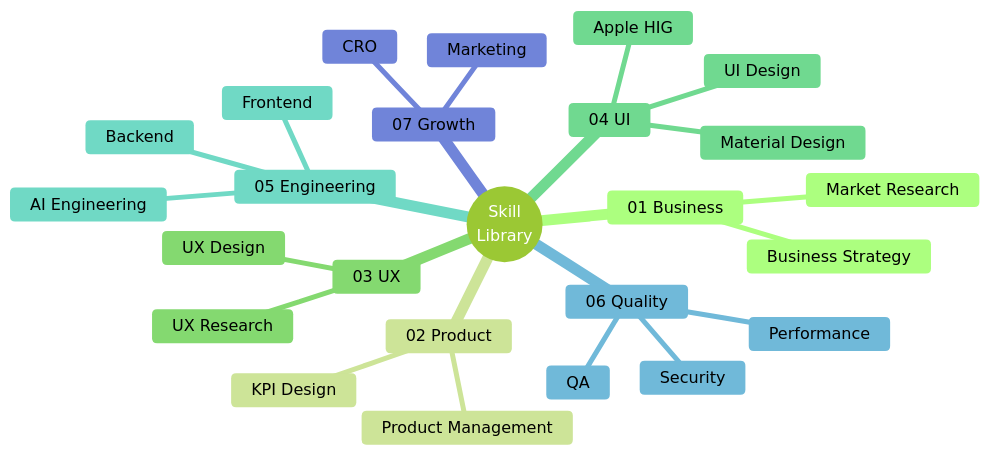
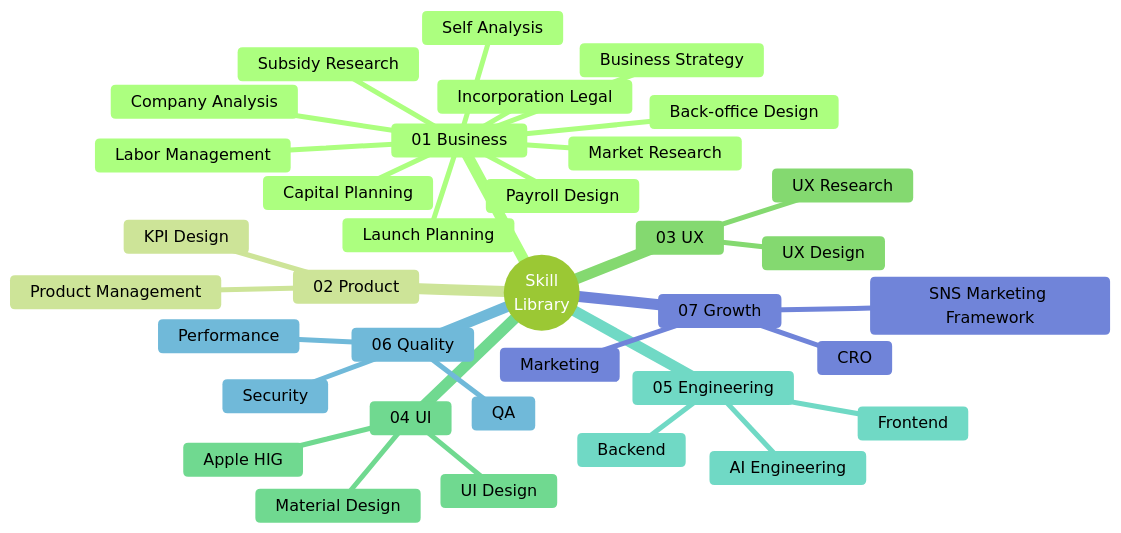
The second of 3 diagrams in 00_System/Skill_Architecture.md (samkaz15/develop_agent), drawn with Mermaid (forest theme) before and after one commit. The commit also changed other lines of this file and 48 other files, not shown here.

````diff
--- a/00_System/Skill_Architecture.md
+++ b/00_System/Skill_Architecture.md
@@ -66,28 +66,38 @@
 ```mermaid
 mindmap
   root((Skill<br>Library))
     01 Business
       Market Research
       Business Strategy
+      Self Analysis
+      Company Analysis
+      Capital Planning
+      Incorporation Legal
+      Labor Management
+      Payroll Design
+      Subsidy Research
+      Back-office Design
+      Launch Planning
     02 Product
       Product Management
       KPI Design
     03 UX
       UX Research
       UX Design
     04 UI
       UI Design
       Apple HIG
       Material Design
     05 Engineering
       Frontend
       Backend
       AI Engineering
     06 Quality
       QA
       Security
       Performance
     07 Growth
       Marketing
       CRO
+      SNS Marketing Framework
 ```
````
